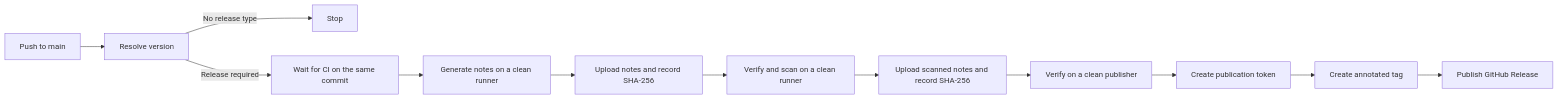
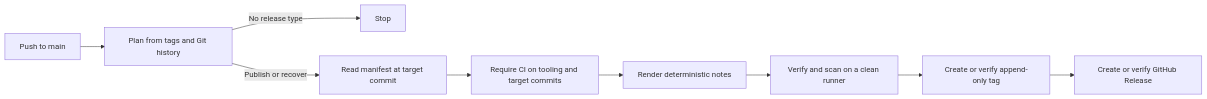
Before and after one commit to vexcalibur-dev/vexcalibur-action: the diagram in docs/how-to/release-action.md, drawn with Mermaid. The commit also changed other lines of this file and 43 other files, not shown here.

First line of the commit message:
fix: make release tags the sole action version metadata (#34)

````diff
--- a/docs/how-to/release-action.md
+++ b/docs/how-to/release-action.md
@@ -35,14 +150,11 @@
 ```mermaid
 flowchart LR
-    Push[Push to main] --> Resolve[Resolve version]
-    Resolve -->|No release type| Stop[Stop]
-    Resolve -->|Release required| CI[Wait for CI on the same commit]
-    CI --> Notes[Generate notes on a clean runner]
-    Notes --> Generated[Upload notes and record SHA-256]
-    Generated --> Scan[Verify and scan on a clean runner]
-    Scan --> Scanned[Upload scanned notes and record SHA-256]
-    Scanned --> Verify[Verify on a clean publisher]
-    Verify --> Token[Create publication token]
-    Token --> Tag[Create annotated tag]
-    Tag --> Release[Publish GitHub Release]
+    Push[Push to main] --> Plan[Plan from tags and Git history]
+    Plan -->|No release type| Stop[Stop]
+    Plan -->|Publish or recover| Manifest[Read manifest at target commit]
+    Manifest --> CI[Require CI on tooling and target commits]
+    CI --> Notes[Render deterministic notes]
+    Notes --> Scan[Verify and scan on a clean runner]
+    Scan --> Tag[Create or verify append-only tag]
+    Tag --> Release[Create or verify GitHub Release]
 ```
````
